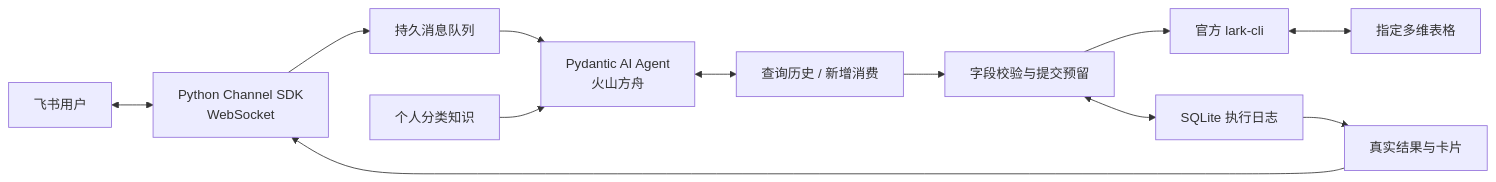
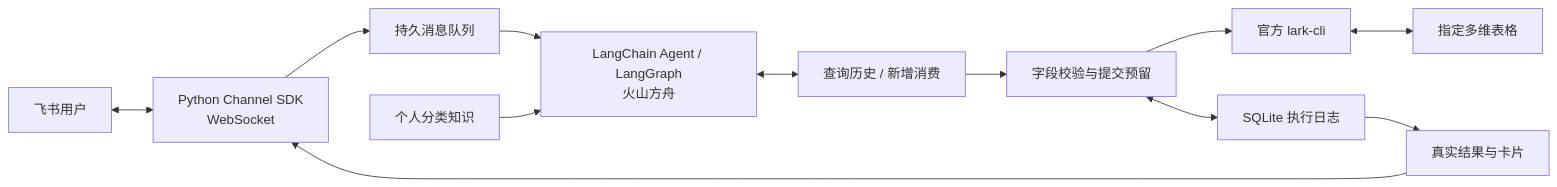
The diagram in docs/architecture.md (muieer/feishu-bitable-bookkeeping-agent-v2), drawn with Mermaid before and after one commit. The commit also changed other lines of this file and 14 other files, not shown here.

Commit message:
refactor: 使用 LangChain 重构记账智能体运行框架

````diff
--- a/docs/architecture.md
+++ b/docs/architecture.md
@@ -7,14 +7,14 @@
 ```mermaid
 flowchart LR
     U[飞书用户] <--> C[Python Channel SDK\nWebSocket]
     C --> Q[持久消息队列]
-    Q --> A[Pydantic AI Agent\n火山方舟]
+    Q --> A[LangChain Agent / LangGraph\n火山方舟]
     K[个人分类知识] --> A
     A <--> T[查询历史 / 新增消费]
     T --> V[字段校验与提交预留]
     V --> L[官方 lark-cli]
     L <--> B[指定多维表格]
     V <--> J[SQLite 执行日志]
     J --> R[真实结果与卡片]
     R --> C
 ```
````
